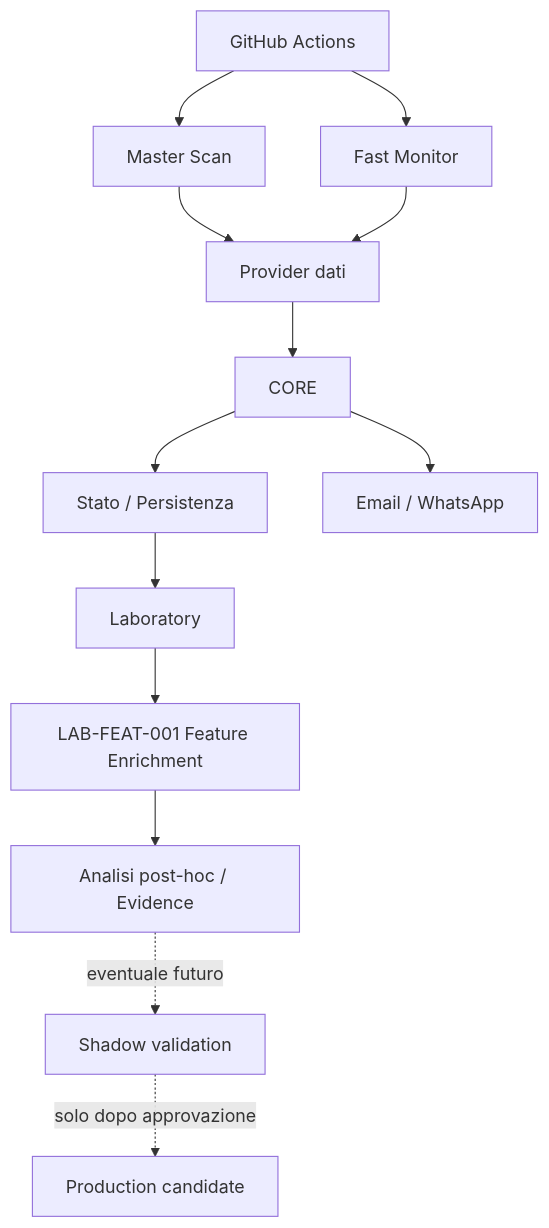
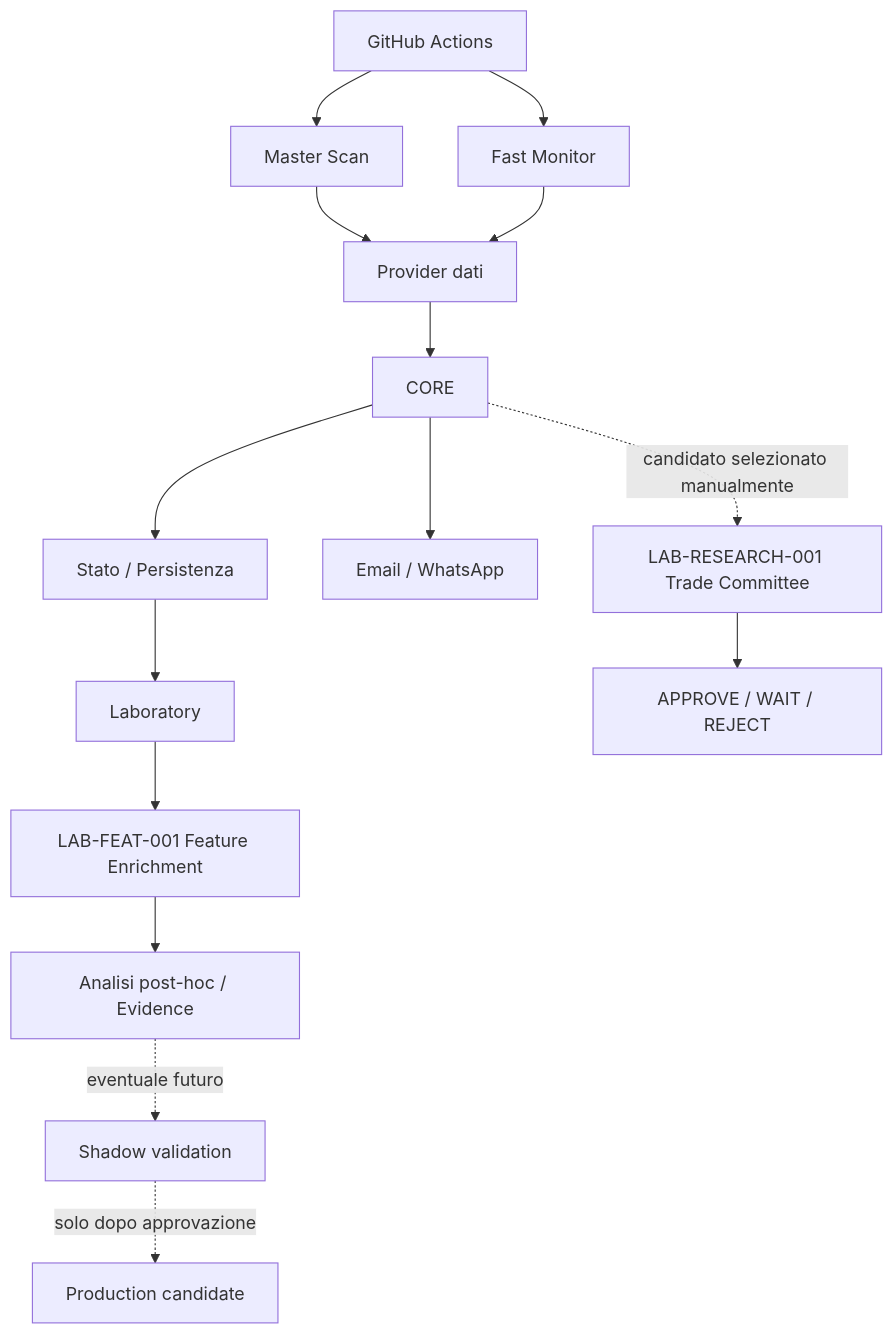
Before and after one commit to antoannali-ita/trading-engine-v2: the first of 2 diagrams in docs/README.md, drawn with Mermaid. The commit also changed other lines of this file, not shown here.

Commit message:
docs: index Trade Committee V2 documentation

````diff
--- a/docs/README.md
+++ b/docs/README.md
@@ -45,15 +48,17 @@
 ```mermaid
 flowchart TB
     GH[GitHub Actions] --> MS[Master Scan]
     GH --> FM[Fast Monitor]
     MS --> DATA[Provider dati]
     FM --> DATA
     DATA --> CORE[CORE]
     CORE --> STATE[Stato / Persistenza]
     CORE --> NOTIFY[Email / WhatsApp]
     STATE --> LAB[Laboratory]
     LAB --> FEAT[LAB-FEAT-001 Feature Enrichment]
     FEAT --> EVID[Analisi post-hoc / Evidence]
     EVID -. eventuale futuro .-> SHADOW[Shadow validation]
     SHADOW -. solo dopo approvazione .-> PROD[Production candidate]
+    CORE -. candidato selezionato manualmente .-> TC[LAB-RESEARCH-001 Trade Committee]
+    TC --> VERDICT[APPROVE / WAIT / REJECT]
 ```
````
